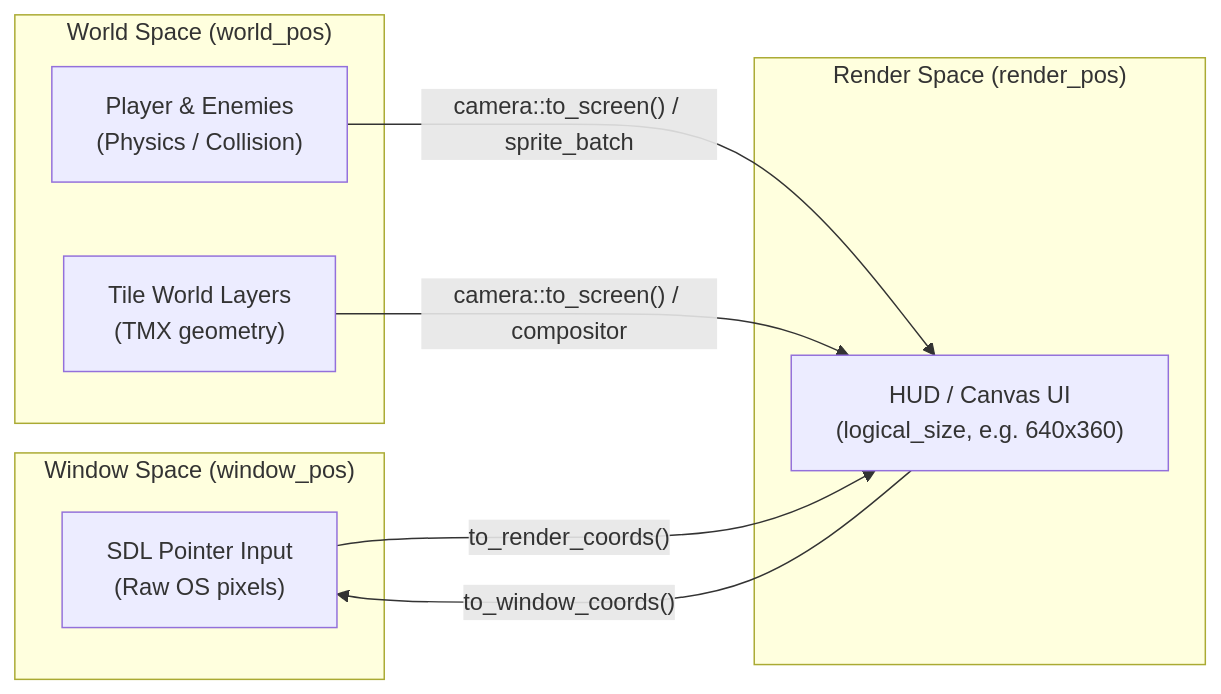
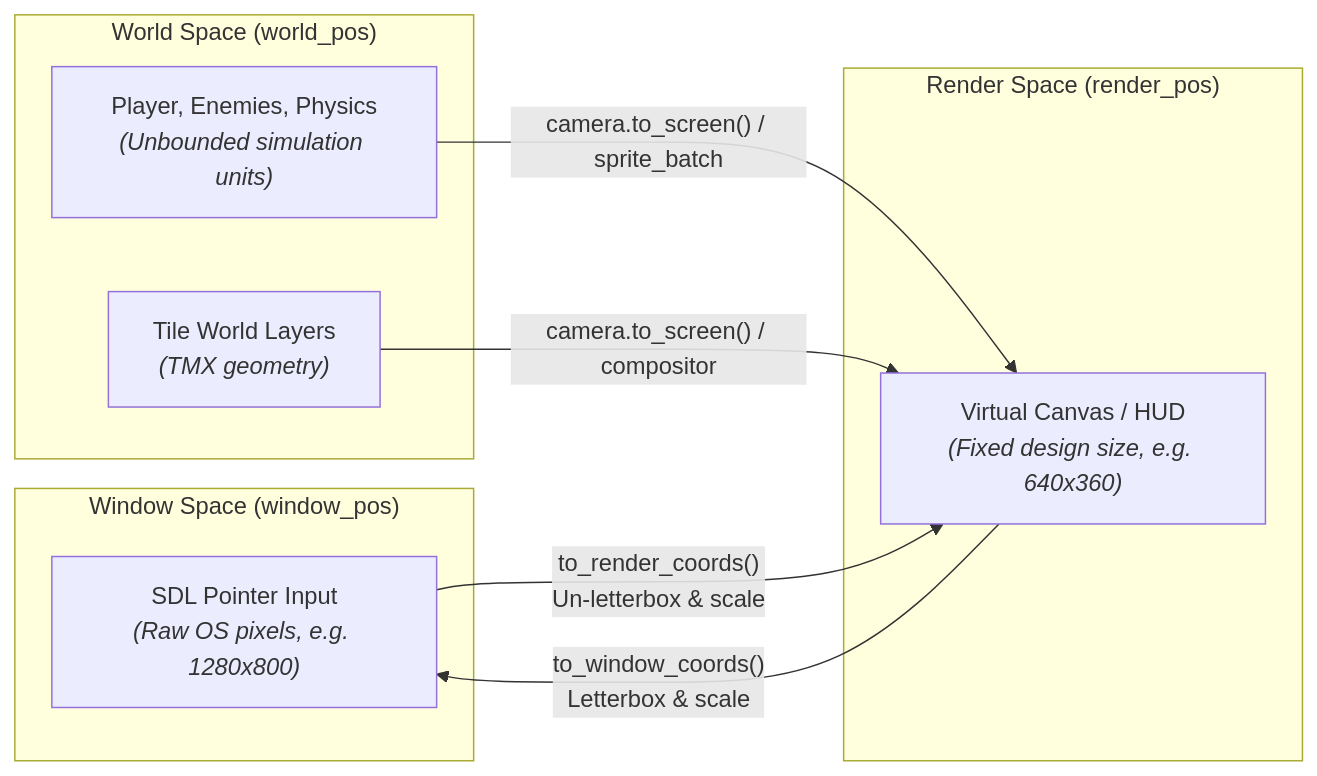
Before and after one commit to devbrain/neutrino: the first of 4 diagrams in website/docs/concepts/coordinate-spaces.md, drawn with Mermaid. The commit also changed other lines of this file, not shown here.

Commit message:
docs: elaborate coordinate spaces concept with step-by-step numeric examples and diagrams

````diff
--- a/website/docs/concepts/coordinate-spaces.md
+++ b/website/docs/concepts/coordinate-spaces.md
@@ -21,20 +21,20 @@
 ```mermaid
 flowchart LR
     subgraph OS ["Window Space (window_pos)"]
-        WinMouse["SDL Pointer Input\n(Raw OS pixels)"]
+        WinMouse["SDL Pointer Input<br/><i>(Raw OS pixels, e.g. 1280x800)</i>"]
     end
 
     subgraph Presentation ["Render Space (render_pos)"]
-        HUD["HUD / Canvas UI\n(logical_size, e.g. 640x360)"]
+        HUD["Virtual Canvas / HUD<br/><i>(Fixed design size, e.g. 640x360)</i>"]
     end
 
     subgraph Simulation ["World Space (world_pos)"]
-        Actors["Player & Enemies\n(Physics / Collision)"]
-        Map["Tile World Layers\n(TMX geometry)"]
+        Actors["Player, Enemies, Physics<br/><i>(Unbounded simulation units)</i>"]
+        Map["Tile World Layers<br/><i>(TMX geometry)</i>"]
     end
 
-    WinMouse -->|"to_render_coords()"| HUD
-    HUD -->|"to_window_coords()"| WinMouse
-    Actors -->|"camera::to_screen() / sprite_batch"| HUD
-    Map -->|"camera::to_screen() / compositor"| HUD
+    WinMouse -->|"to_render_coords()<br/>Un-letterbox & scale"| HUD
+    HUD -->|"to_window_coords()<br/>Letterbox & scale"| WinMouse
+    Actors -->|"camera.to_screen() / sprite_batch"| HUD
+    Map -->|"camera.to_screen() / compositor"| HUD
 ```
````
